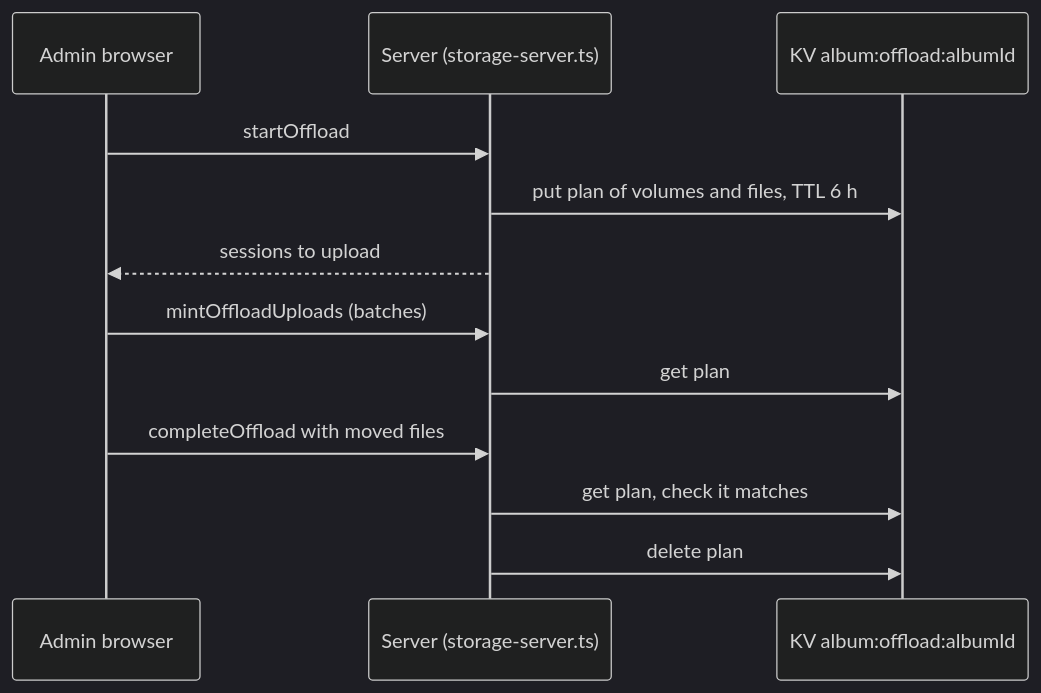
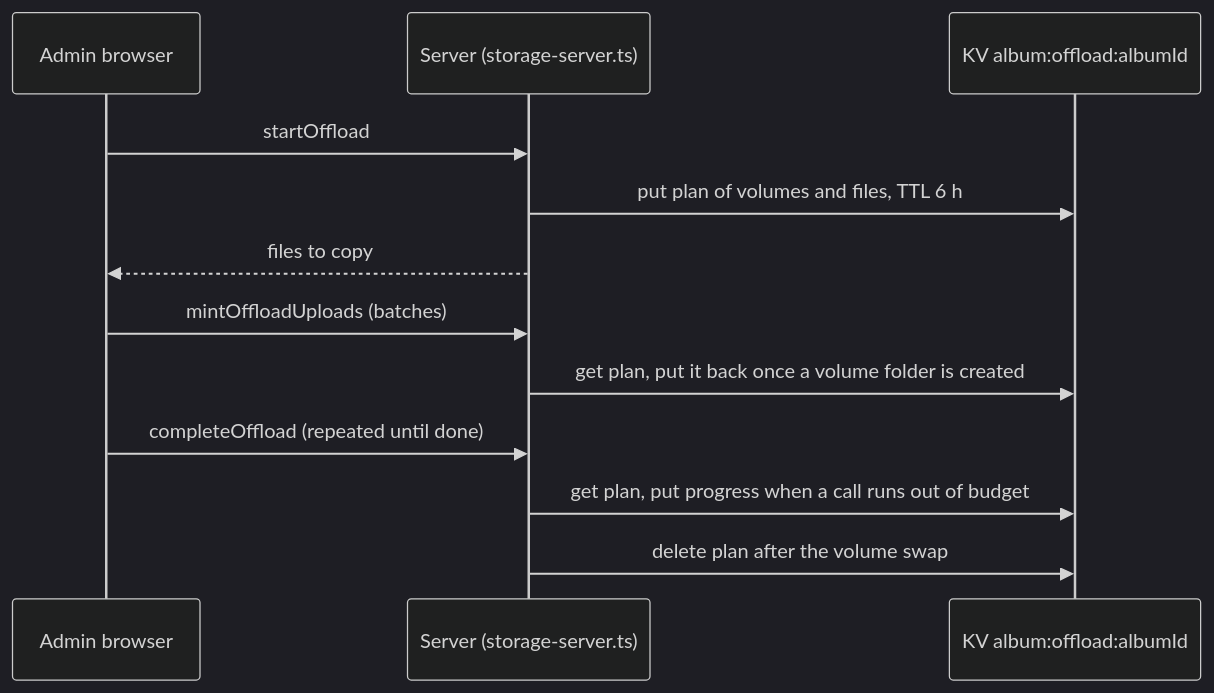
Before and after one commit to sagyzdop/meriksirat: the diagram in docs/scenarios/kv/album-offload.md, drawn with Mermaid (dark theme). The commit also changed other lines of this file and 51 other files, not shown here.

````diff
--- a/docs/scenarios/kv/album-offload.md
+++ b/docs/scenarios/kv/album-offload.md
@@ -7,14 +7,14 @@
 ```mermaid
 sequenceDiagram
     participant A as Admin browser
     participant S as Server (storage-server.ts)
     participant K as KV album:offload:albumId
     A->>S: startOffload
     S->>K: put plan of volumes and files, TTL 6 h
-    S-->>A: sessions to upload
+    S-->>A: files to copy
     A->>S: mintOffloadUploads (batches)
-    S->>K: get plan
-    A->>S: completeOffload with moved files
-    S->>K: get plan, check it matches
-    S->>K: delete plan
+    S->>K: get plan, put it back once a volume folder is created
+    A->>S: completeOffload (repeated until done)
+    S->>K: get plan, put progress when a call runs out of budget
+    S->>K: delete plan after the volume swap
 ```
````
